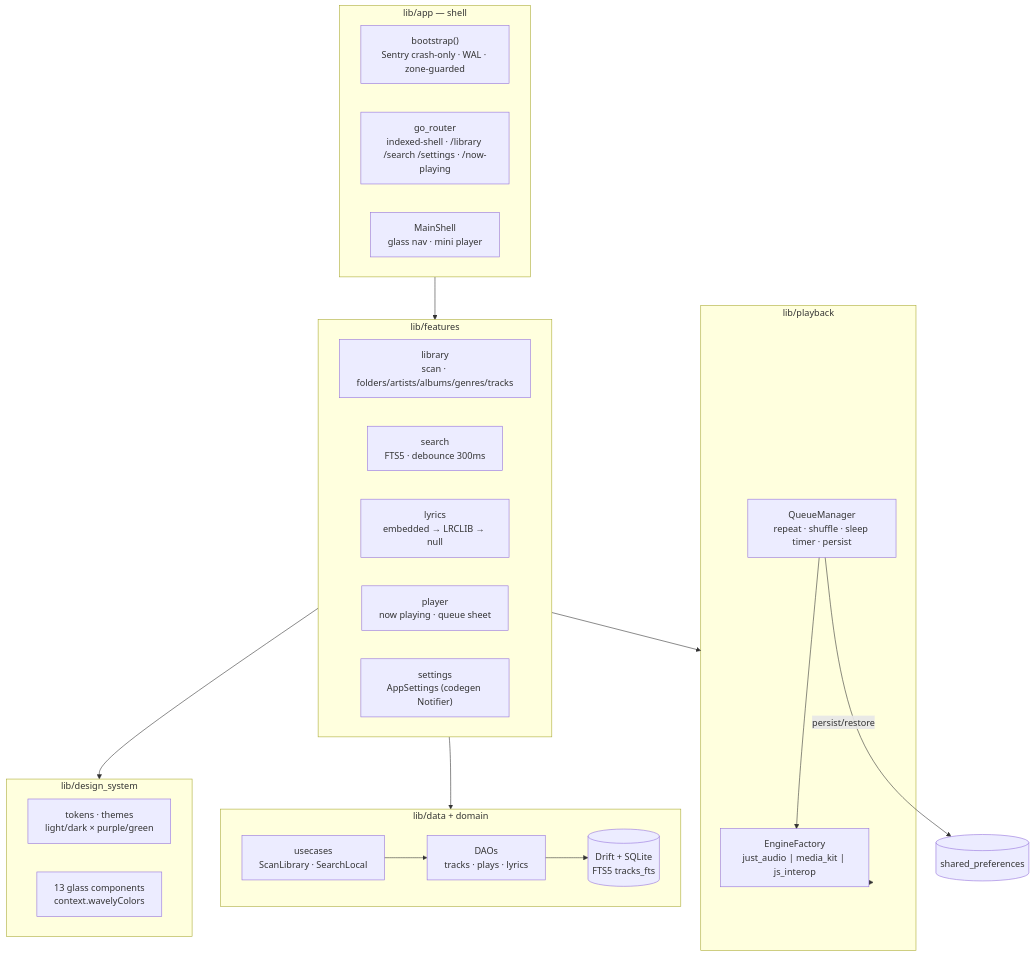
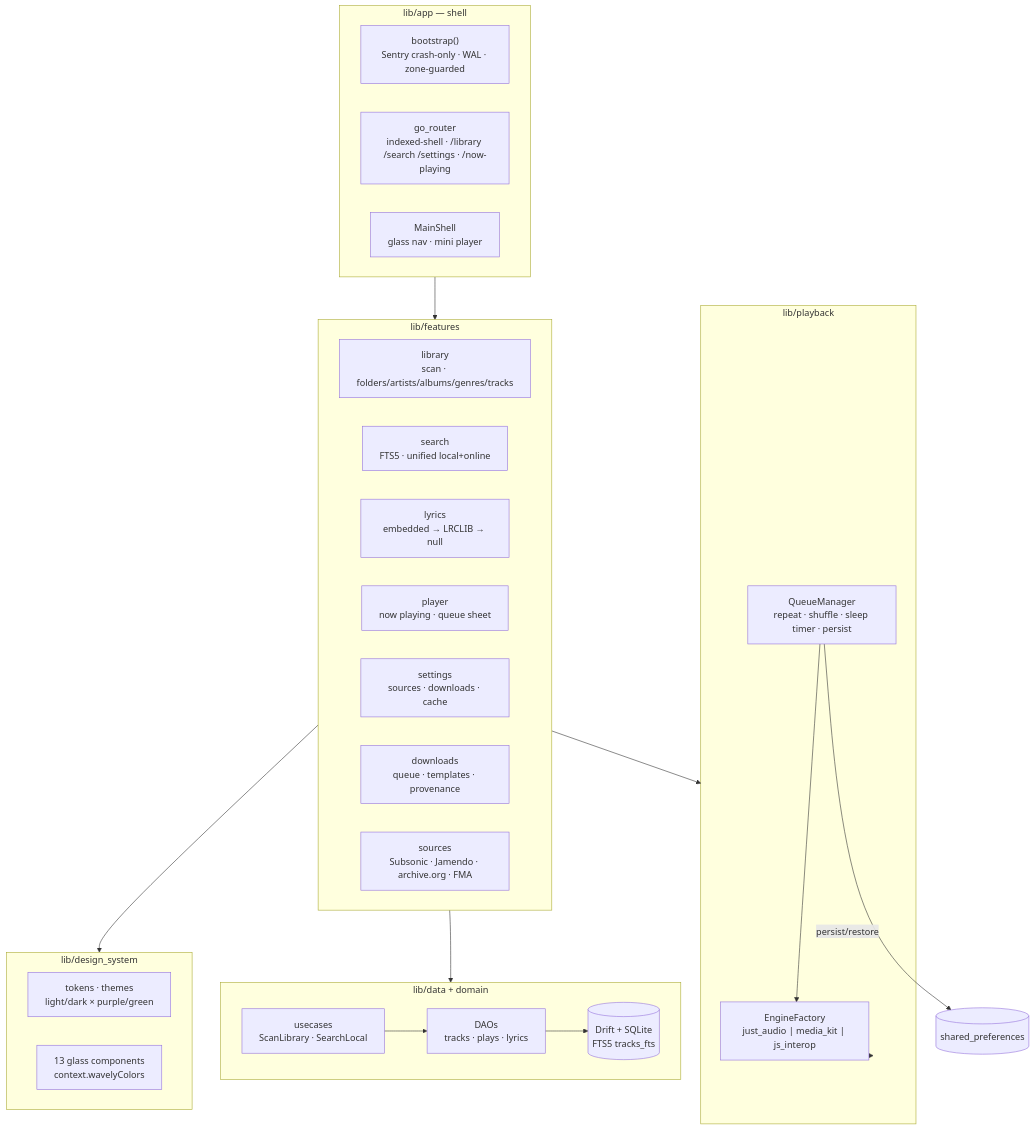
The diagram in README.md (Dani-Devlop/Music_Wavely), drawn with Mermaid before and after one commit. The commit also changed other lines of this file and 2 other files, not shown here.

````diff
--- a/README.md
+++ b/README.md
@@ -33,39 +41,41 @@
 ```mermaid
 flowchart TB
     subgraph app["lib/app — shell"]
         bootstrap["bootstrap()\nSentry crash-only · WAL · zone-guarded"]
         router["go_router\nindexed-shell · /library /search /settings · /now-playing"]
         shell["MainShell\nglass nav · mini player"]
     end
 
     subgraph features["lib/features"]
         library["library\nscan · folders/artists/albums/genres/tracks"]
-        search["search\nFTS5 · debounce 300ms"]
+        search["search\nFTS5 · unified local+online"]
         lyrics["lyrics\nembedded → LRCLIB → null"]
         player["player\nnow playing · queue sheet"]
-        settings["settings\nAppSettings (codegen Notifier)"]
+        settings["settings\nsources · downloads · cache"]
+        downloads["downloads\nqueue · templates · provenance"]
+        sources["sources\nSubsonic · Jamendo · archive.org · FMA"]
     end
 
     subgraph playback["lib/playback"]
         qm["QueueManager\nrepeat · shuffle · sleep timer · persist"]
         engines["EngineFactory\njust_audio | media_kit | js_interop"]
     end
 
     subgraph data["lib/data + domain"]
         drift[("Drift + SQLite\nFTS5 tracks_fts")]
         daos["DAOs\ntracks · plays · lyrics"]
         usecases["usecases\nScanLibrary · SearchLocal"]
     end
 
     subgraph ds["lib/design_system"]
         tokens["tokens · themes\nlight/dark × purple/green"]
         comps["13 glass components\ncontext.wavelyColors"]
     end
 
     app --> features --> data
     features --> playback --> engines
     features --> ds
     usecases --> daos --> drift
     qm --> engines
     qm -->|persist/restore| prefs[(shared_preferences)]
 ```
````
